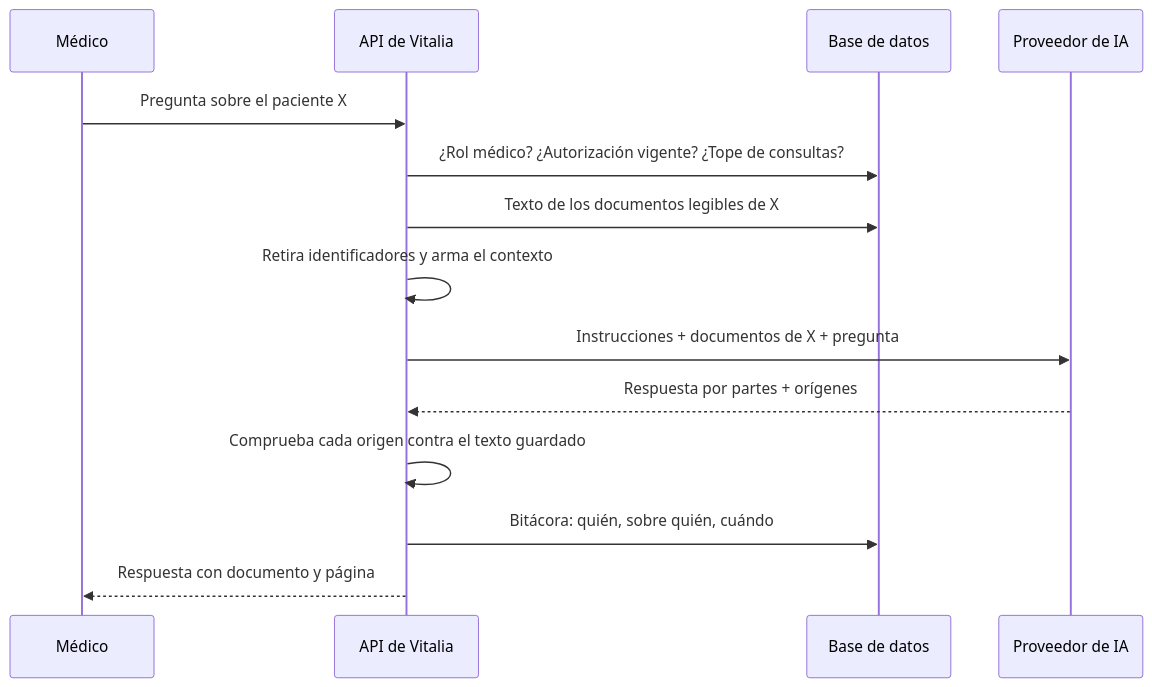
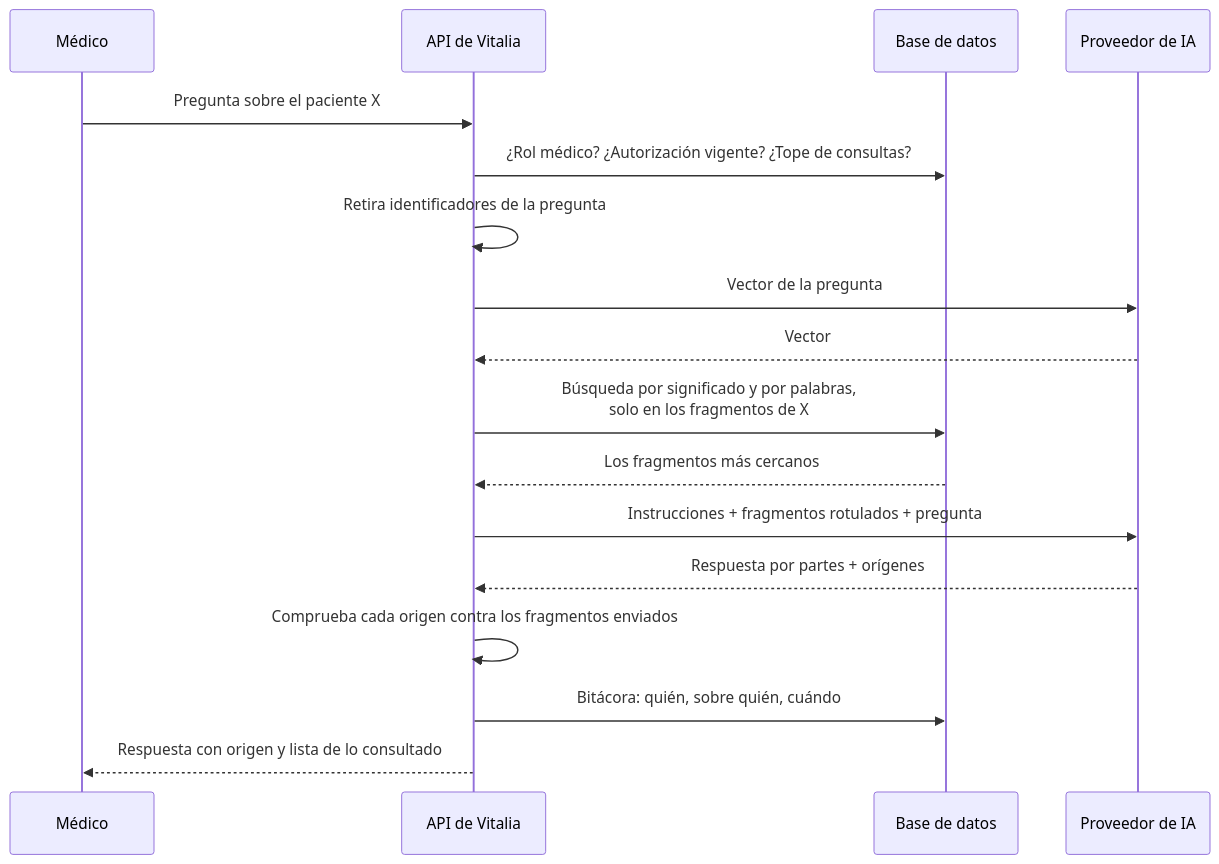
Before and after one commit to JAOSjavi/vitalia: the second of 2 diagrams in diseno/04-asistente-ia.md, drawn with Mermaid. The commit also changed other lines of this file and 19 other files, not shown here.

First line of the commit message:
El asistente busca fragmentos (RAG) en documentos y atenciones (D-30)

````diff
--- a/diseno/04-asistente-ia.md
+++ b/diseno/04-asistente-ia.md
@@ -70,17 +109,20 @@
 ```mermaid
 sequenceDiagram
     participant M as Médico
     participant API as API de Vitalia
     participant DB as Base de datos
     participant IA as Proveedor de IA
 
     M->>API: Pregunta sobre el paciente X
     API->>DB: ¿Rol médico? ¿Autorización vigente? ¿Tope de consultas?
-    API->>DB: Texto de los documentos legibles de X
-    API->>API: Retira identificadores y arma el contexto
-    API->>IA: Instrucciones + documentos de X + pregunta
+    API->>API: Retira identificadores de la pregunta
+    API->>IA: Vector de la pregunta
+    IA-->>API: Vector
+    API->>DB: Búsqueda por significado y por palabras,<br/>solo en los fragmentos de X
+    DB-->>API: Los fragmentos más cercanos
+    API->>IA: Instrucciones + fragmentos rotulados + pregunta
     IA-->>API: Respuesta por partes + orígenes
-    API->>API: Comprueba cada origen contra el texto guardado
+    API->>API: Comprueba cada origen contra los fragmentos enviados
     API->>DB: Bitácora: quién, sobre quién, cuándo
-    API-->>M: Respuesta con documento y página
+    API-->>M: Respuesta con origen y lista de lo consultado
 ```
````
